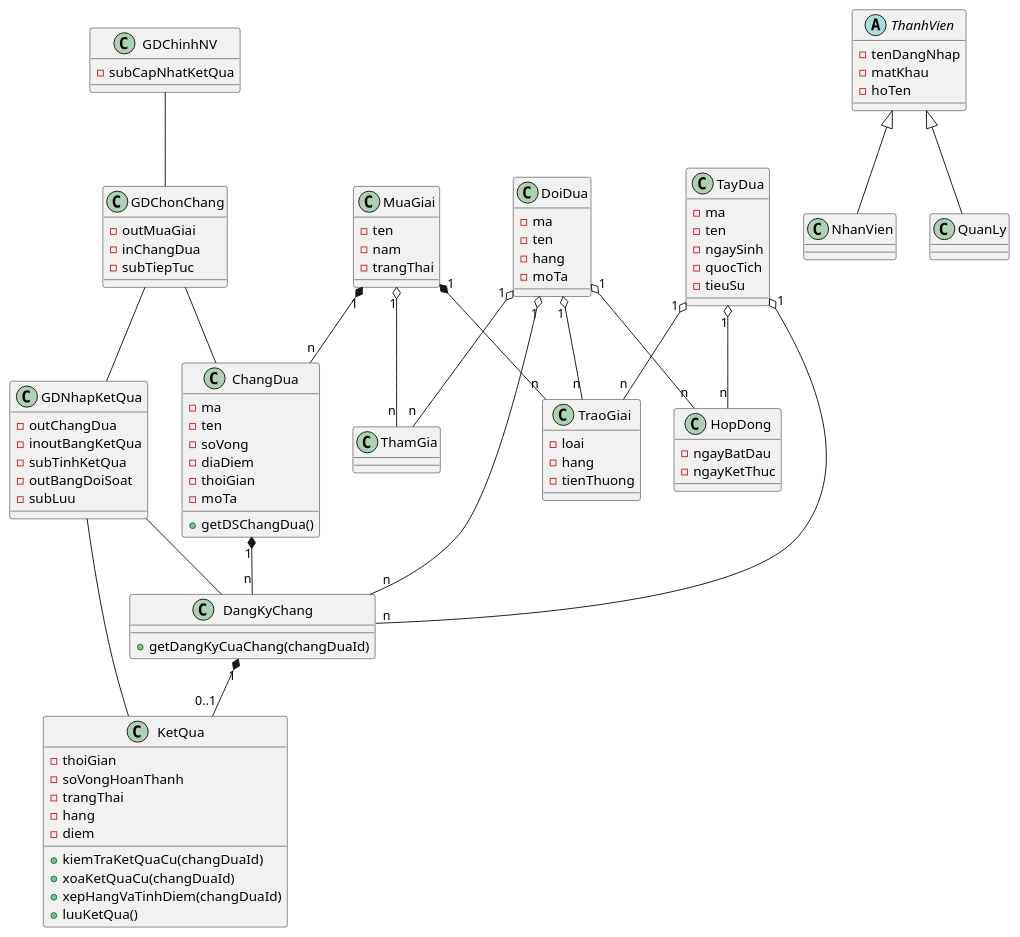
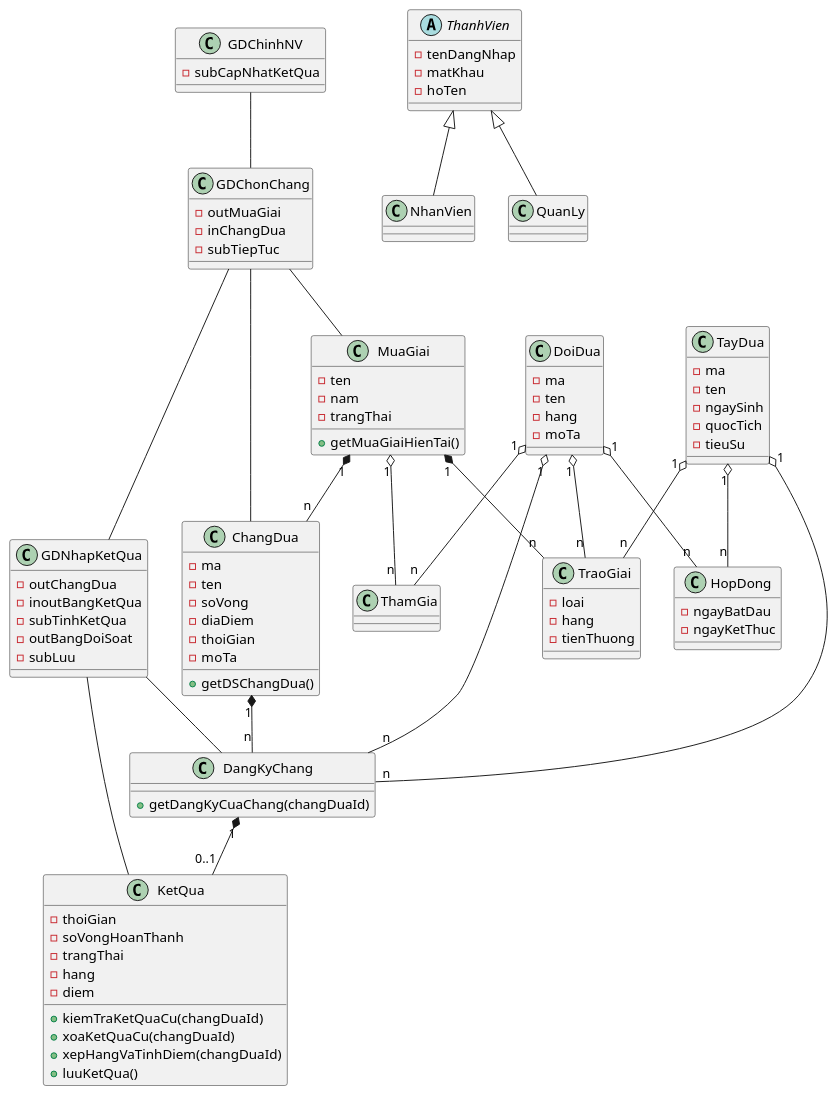
One commit to 7gho/CNPM-He2026 changed the third of 6 diagrams in Module 3 - Kiet/noi-dung.md. Above: the diagram before and after it, drawn with PlantUML. The commit also changed other lines of this file and 41 other files, not shown here.

```diff
--- a/Module 3 - Kiet/noi-dung.md
+++ b/Module 3 - Kiet/noi-dung.md
@@ -241,6 +230,7 @@
   -ten
   -nam
   -trangThai
+  +getMuaGiaiHienTai()
 }
 
 class ChangDua {
@@ -312,6 +302,7 @@
 
 GDChinhNV -- GDChonChang
 GDChonChang -- GDNhapKetQua
+GDChonChang -- MuaGiai
 GDChonChang -- ChangDua
 GDNhapKetQua -- DangKyChang
 GDNhapKetQua -- KetQua
```
